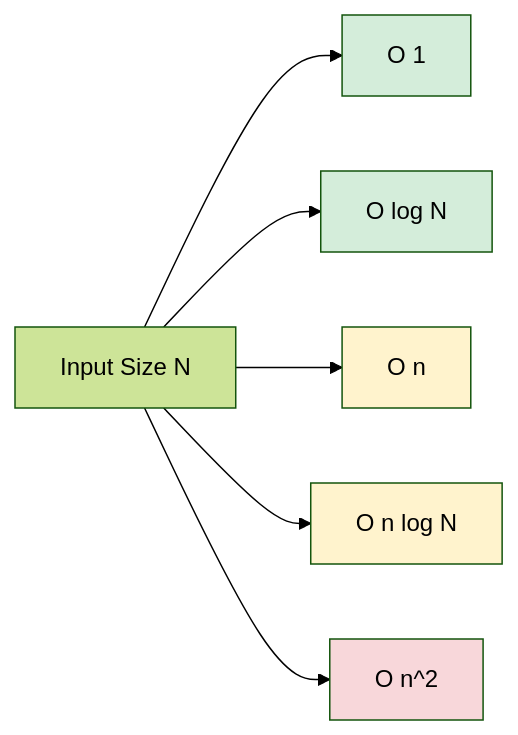
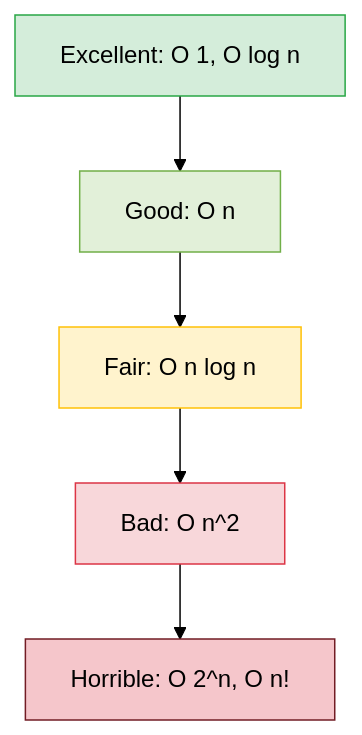
One commit to MarkoLuna/SoftwareArchitecture changed the diagram in data-structures-algorithms/README.md. Above: the diagram before and after it, drawn with Mermaid (forest theme). The commit also changed other lines of this file and 3 other files, not shown here.

````diff
--- a/data-structures-algorithms/README.md
+++ b/data-structures-algorithms/README.md
@@ -72,14 +86,13 @@
 ```mermaid
-graph LR
-    Input[Input Size N] --> O1[O 1]
-    Input --> OlogN[O log N]
-    Input --> On[O n]
-    Input --> OnlogN[O n log N]
-    Input --> On2[O n^2]
+graph TD
+    Excellent[Excellent: O 1, O log n] --> Good[Good: O n]
+    Good --> Fair[Fair: O n log n]
+    Fair --> Bad[Bad: O n^2]
+    Bad --> Horrible[Horrible: O 2^n, O n!]
     
-    style O1 fill:#d4edda
-    style OlogN fill:#d4edda
-    style On fill:#fff3cd
-    style OnlogN fill:#fff3cd
-    style On2 fill:#f8d7da
+    style Excellent fill:#d4edda,stroke:#28a745
+    style Good fill:#e2f0d9,stroke:#71af48
+    style Fair fill:#fff3cd,stroke:#ffc107
+    style Bad fill:#f8d7da,stroke:#dc3545
+    style Horrible fill:#f5c6cb,stroke:#721c24
 ```
````
